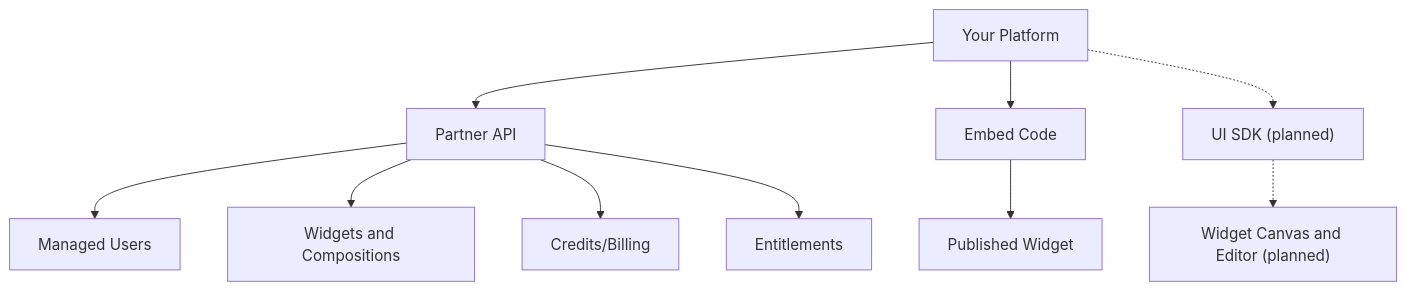
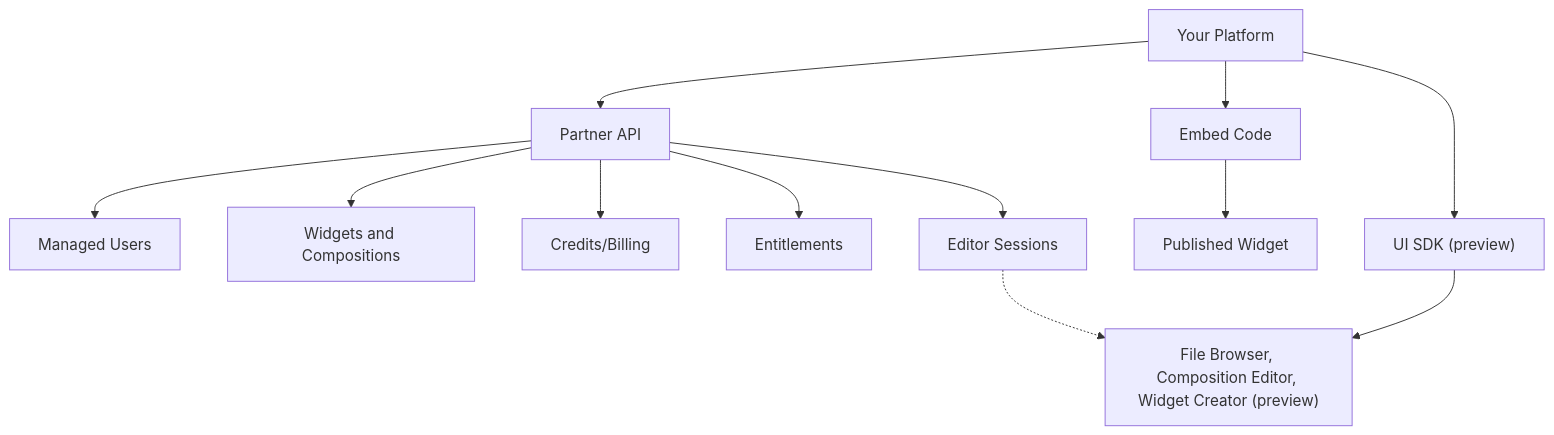
One commit to widgetic/docs changed the diagram in docs/partners/overview.mdx. Above: the diagram before and after it, drawn with Mermaid. The commit also changed other lines of this file and 7 other files, not shown here.

````diff
--- a/docs/partners/overview.mdx
+++ b/docs/partners/overview.mdx
@@ -36,12 +36,14 @@
 ```mermaid
 flowchart TD
     Partner[Your Platform] --> API[Partner API]
     Partner --> Embed[Embed Code]
     API --> Users[Managed Users]
     API --> Compositions[Widgets and Compositions]
     API --> Credits[Credits/Billing]
     API --> Entitlements[Entitlements]
+    API --> Sessions[Editor Sessions]
     Embed --> Published[Published Widget]
-    Partner -.-> UI["UI SDK (planned)"]
-    UI -.-> Canvas["Widget Canvas and Editor (planned)"]
+    Partner --> UI["UI SDK (preview)"]
+    UI --> Editors["File Browser, Composition Editor, Widget Creator (preview)"]
+    Sessions -.-> Editors
 ```
````
